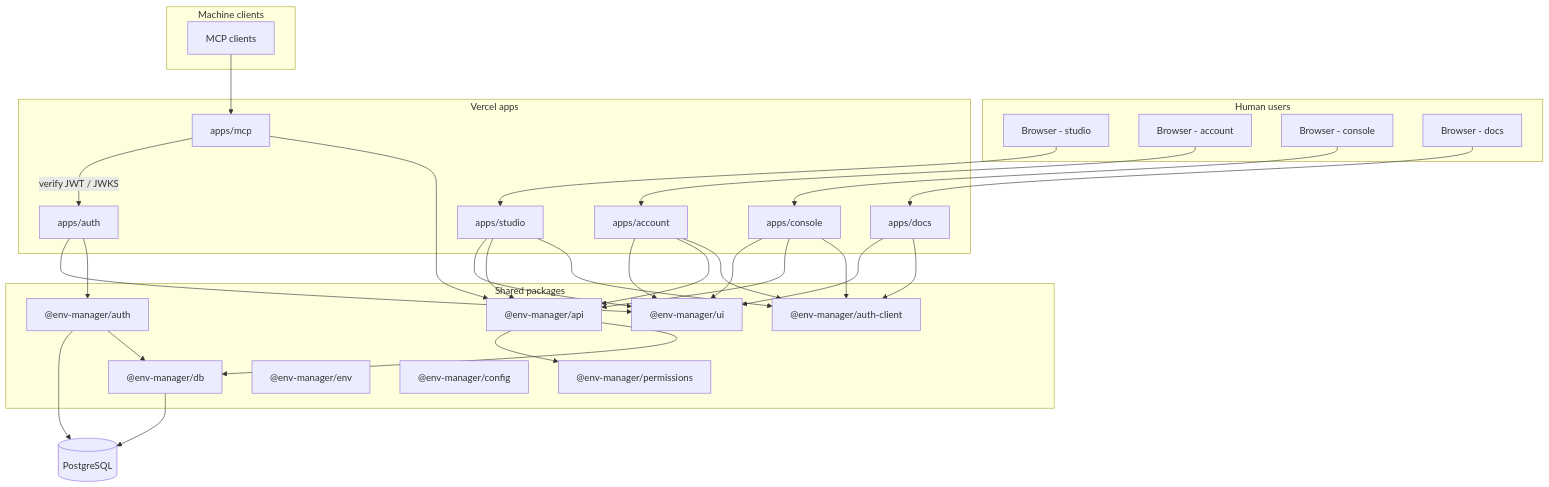
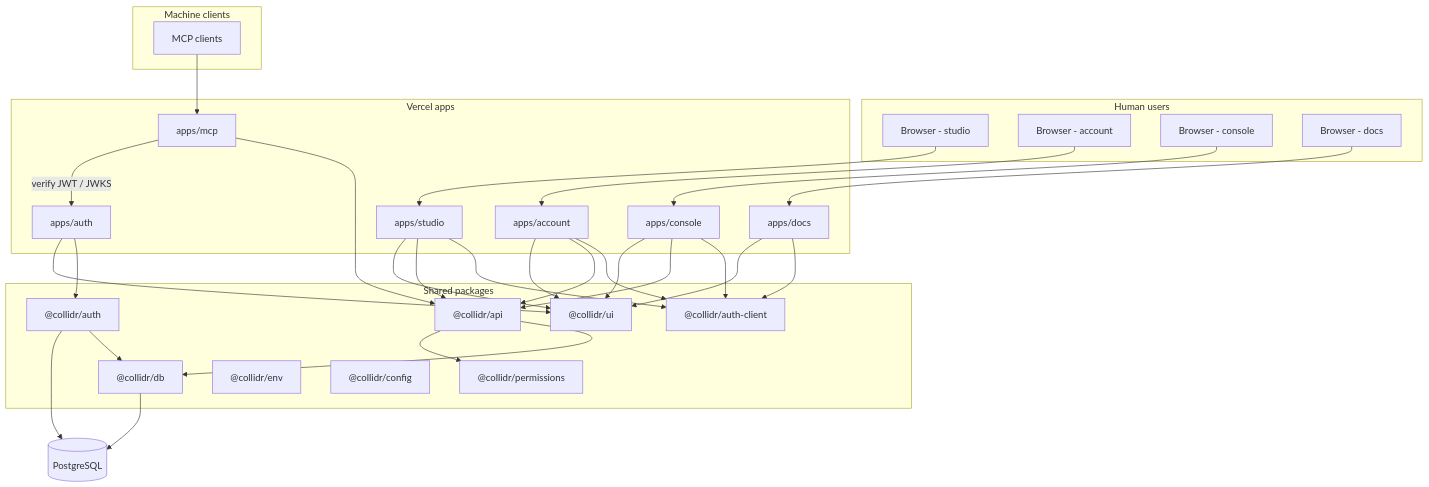
One commit to jayantrohila57/collidr changed the first of 3 diagrams in docs/PLAN_PLATFORM_APPS.md. Above: the diagram before and after it, drawn with Mermaid. The commit also changed other lines of this file and 564 other files, not shown here.

First line of the commit message:
Rebrand monorepo from env-manager to Collidr

````diff
--- a/docs/PLAN_PLATFORM_APPS.md
+++ b/docs/PLAN_PLATFORM_APPS.md
@@ -110,66 +110,66 @@
 ```mermaid
 flowchart TB
   subgraph users [Human users]
     U1[Browser - studio]
     U2[Browser - account]
     U3[Browser - console]
     U4[Browser - docs]
   end
 
   subgraph machines [Machine clients]
     MCP[MCP clients]
   end
 
   subgraph apps [Vercel apps]
     AUTH[apps/auth]
     ACCT[apps/account]
     STU[apps/studio]
     CON[apps/console]
     MCPAPP[apps/mcp]
     DOC[apps/docs]
   end
 
   subgraph pkgs [Shared packages]
-    AUTHPKG["@env-manager/auth"]
-    AUTHCLI["@env-manager/auth-client"]
-    UI["@env-manager/ui"]
-    PERM["@env-manager/permissions"]
-    API["@env-manager/api"]
-    DB["@env-manager/db"]
-    ENV["@env-manager/env"]
-    CFG["@env-manager/config"]
+    AUTHPKG["@collidr/auth"]
+    AUTHCLI["@collidr/auth-client"]
+    UI["@collidr/ui"]
+    PERM["@collidr/permissions"]
+    API["@collidr/api"]
+    DB["@collidr/db"]
+    ENV["@collidr/env"]
+    CFG["@collidr/config"]
   end
 
   PG[(PostgreSQL)]
 
   U1 --> STU
   U2 --> ACCT
   U3 --> CON
   U4 --> DOC
   MCP --> MCPAPP
 
   STU --> AUTHCLI
   ACCT --> AUTHCLI
   CON --> AUTHCLI
   DOC --> AUTHCLI
 
   AUTH --> AUTHPKG
   STU --> API
   ACCT --> API
   CON --> API
   MCPAPP --> API
 
   AUTHPKG --> DB
   API --> DB
   API --> PERM
   AUTHPKG --> PG
   DB --> PG
 
   STU --> UI
   ACCT --> UI
   CON --> UI
   DOC --> UI
   AUTH --> UI
 
   MCPAPP -->|verify JWT / JWKS| AUTH
 ```
````
